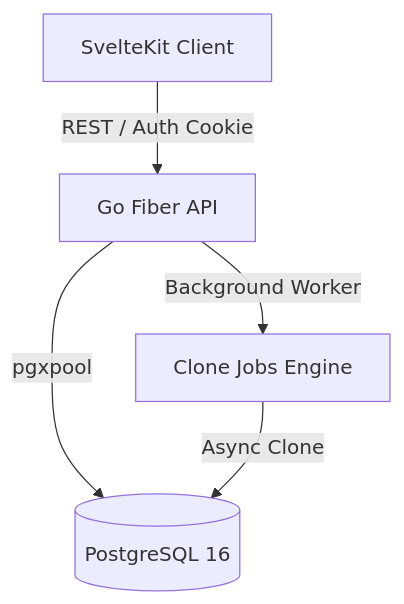
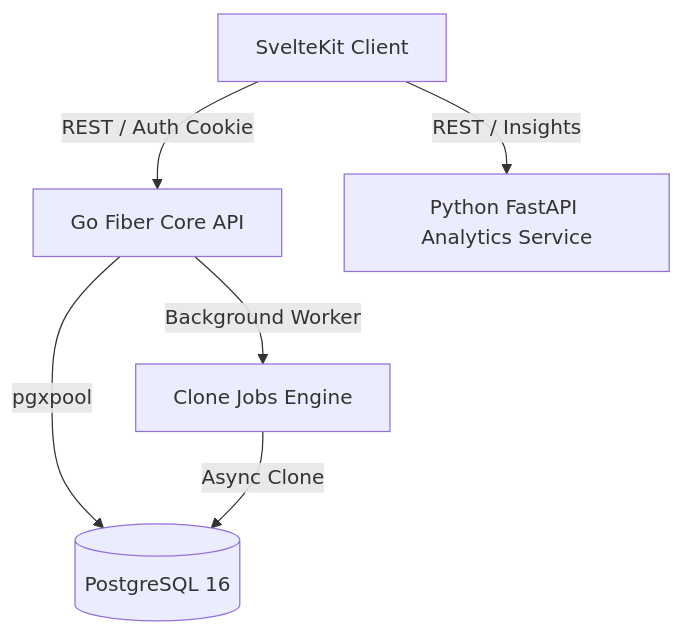
The diagram in README.md (momarinho/repengine), drawn with Mermaid before and after one commit. The commit also changed other lines of this file and 38 other files, not shown here.

Commit message:
feat(analytics): add Python FastAPI athletic intelligence & autoregulation microservice

````diff
--- a/README.md
+++ b/README.md
@@ -30,7 +30,8 @@
 ```mermaid
 graph TD
-    Client[SvelteKit Client] -- REST / Auth Cookie --> API[Go Fiber API]
+    Client[SvelteKit Client] -- REST / Auth Cookie --> API[Go Fiber Core API]
+    Client -- REST / Insights --> Analytics[Python FastAPI Analytics Service]
     API -- pgxpool --> DB[(PostgreSQL 16)]
     API -- Background Worker --> Queue[Clone Jobs Engine]
     Queue -- Async Clone --> DB
 ```
````
